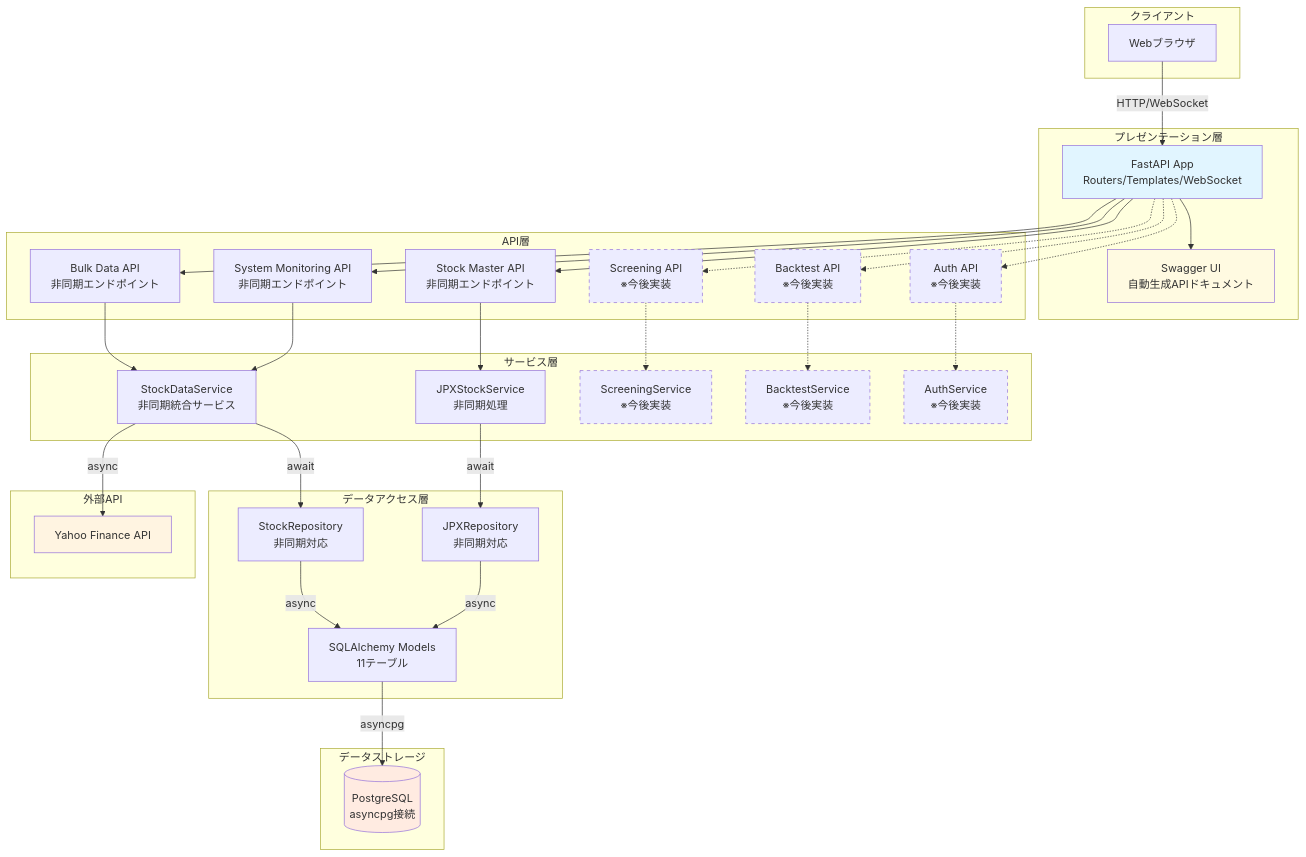
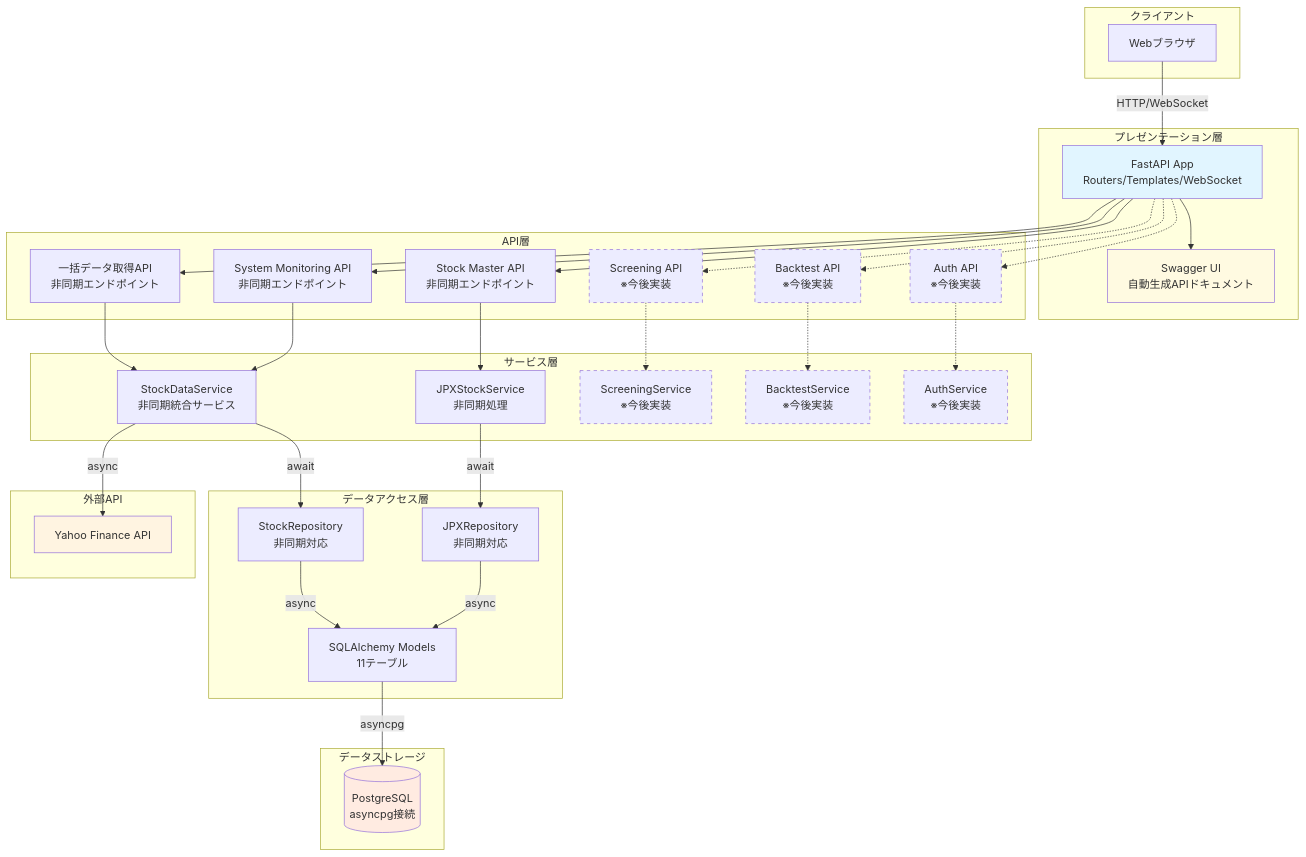
Before and after one commit to TIMMY-WEST/STOCK-INVESTMENT-ANALYZER: the first of 3 diagrams in docs/architecture/architecture_overview.md, drawn with Mermaid. The commit also changed other lines of this file and 2 other files, not shown here.

````diff
--- a/docs/architecture/architecture_overview.md
+++ b/docs/architecture/architecture_overview.md
@@ -127,73 +127,73 @@
 ```mermaid
 graph TB
     subgraph "クライアント"
         Browser[Webブラウザ]
     end
 
     subgraph "プレゼンテーション層"
         FastAPI[FastAPI App<br/>Routers/Templates/WebSocket]
         Swagger[Swagger UI<br/>自動生成APIドキュメント]
     end
 
     subgraph "API層"
-        BulkAPI[Bulk Data API<br/>非同期エンドポイント]
+        BatchAPI[一括データ取得API<br/>非同期エンドポイント]
         StockAPI[Stock Master API<br/>非同期エンドポイント]
         MonitorAPI[System Monitoring API<br/>非同期エンドポイント]
         ScreeningAPI[Screening API<br/>※今後実装]
         BacktestAPI[Backtest API<br/>※今後実装]
         AuthAPI[Auth API<br/>※今後実装]
     end
 
     subgraph "サービス層"
         StockService[StockDataService<br/>非同期統合サービス]
         JPXService[JPXStockService<br/>非同期処理]
         ScreeningService[ScreeningService<br/>※今後実装]
         BacktestService[BacktestService<br/>※今後実装]
         AuthService[AuthService<br/>※今後実装]
     end
 
     subgraph "データアクセス層"
         StockRepo[StockRepository<br/>非同期対応]
         JPXRepo[JPXRepository<br/>非同期対応]
         Models[SQLAlchemy Models<br/>11テーブル]
     end
 
     subgraph "外部API"
         YFinance[Yahoo Finance API]
     end
 
     subgraph "データストレージ"
         PostgreSQL[(PostgreSQL<br/>asyncpg接続)]
     end
 
     Browser -->|HTTP/WebSocket| FastAPI
     FastAPI --> Swagger
-    FastAPI --> BulkAPI & StockAPI & MonitorAPI
+    FastAPI --> BatchAPI & StockAPI & MonitorAPI
     FastAPI -.-> ScreeningAPI & BacktestAPI & AuthAPI
 
-    BulkAPI --> StockService
+    BatchAPI --> StockService
     StockAPI --> JPXService
     MonitorAPI --> StockService
     ScreeningAPI -.-> ScreeningService
     BacktestAPI -.-> BacktestService
     AuthAPI -.-> AuthService
 
     StockService -->|await| StockRepo
     JPXService -->|await| JPXRepo
     StockService -->|async| YFinance
 
     StockRepo -->|async| Models
     JPXRepo -->|async| Models
     Models -->|asyncpg| PostgreSQL
 
     style FastAPI fill:#e1f5ff
     style Swagger fill:#fffae1
     style PostgreSQL fill:#ffebe1
     style YFinance fill:#fff4e1
     style ScreeningAPI stroke-dasharray: 5 5
     style BacktestAPI stroke-dasharray: 5 5
     style AuthAPI stroke-dasharray: 5 5
     style ScreeningService stroke-dasharray: 5 5
     style BacktestService stroke-dasharray: 5 5
     style AuthService stroke-dasharray: 5 5
 ```
````
